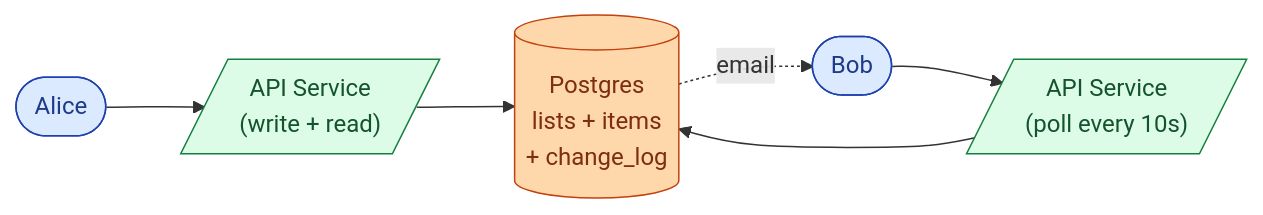
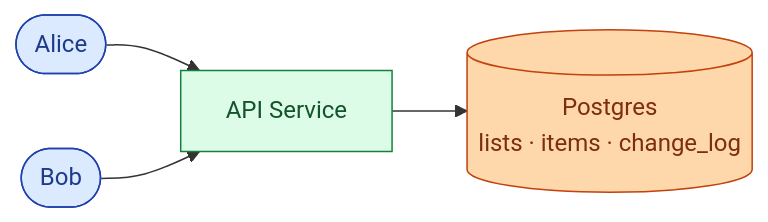
One commit to shiningflash/system-design changed the second of 12 diagrams in problems/013-todo-list-sharing/question.md. Above: the diagram before and after it, drawn with Mermaid. The commit also changed other lines of this file and 37 other files, not shown here.

````diff
--- a/problems/013-todo-list-sharing/question.md
+++ b/problems/013-todo-list-sharing/question.md
@@ -128,12 +89,10 @@
 ```mermaid
 flowchart LR
-    A([Alice]):::user --> API[/"API Service<br/>(write + read)"/]:::app
-    API --> DB[("Postgres<br/>lists + items<br/>+ change_log")]:::db
-    DB -.email.-> B([Bob]):::user
-    B --> API2[/"API Service<br/>(poll every 10s)"/]:::app
-    API2 --> DB
+    A([Alice]):::user --> API["API Service"]:::app
+    B([Bob]):::user --> API
+    API --> DB[("Postgres<br/>lists · items · change_log")]:::db
 
-    classDef user  fill:#dbeafe,stroke:#1e40af,color:#1e3a8a
-    classDef app   fill:#dcfce7,stroke:#15803d,color:#14532d
-    classDef db    fill:#fed7aa,stroke:#c2410c,color:#7c2d12
+    classDef user fill:#dbeafe,stroke:#1e40af,color:#1e3a8a
+    classDef app  fill:#dcfce7,stroke:#15803d,color:#14532d
+    classDef db   fill:#fed7aa,stroke:#c2410c,color:#7c2d12
 ```
````
